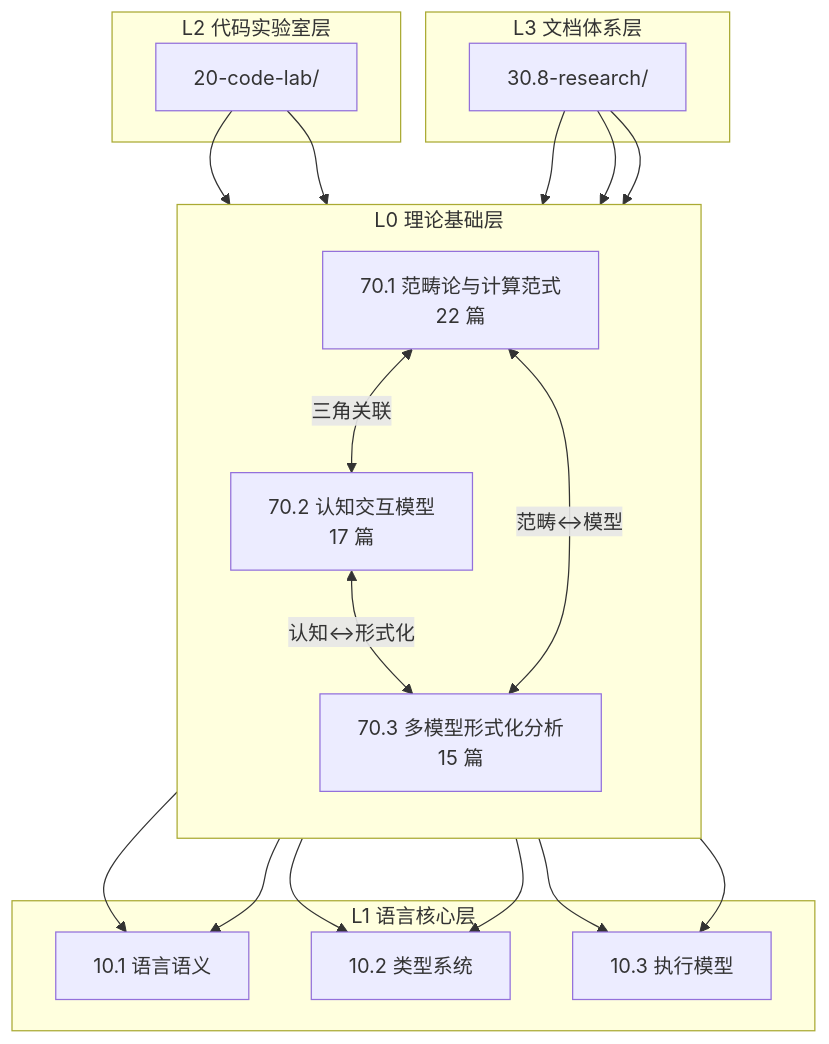
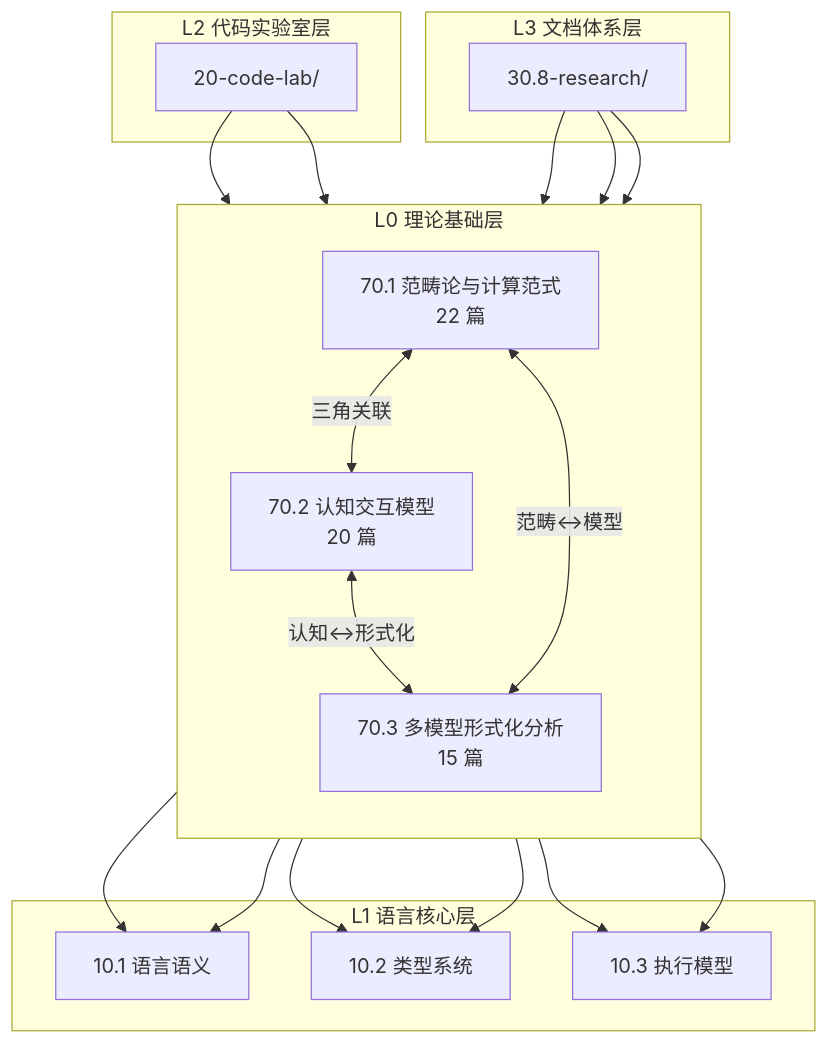
One commit to AdaMartin18010/JavaScriptTypeScript changed the first of 9 diagrams in 70-theoretical-foundations/KNOWLEDGE_GRAPH.md. Above: the diagram before and after it, drawn with Mermaid. The commit also changed other lines of this file and 56 other files, not shown here.

````diff
--- a/70-theoretical-foundations/KNOWLEDGE_GRAPH.md
+++ b/70-theoretical-foundations/KNOWLEDGE_GRAPH.md
@@ -10,39 +10,39 @@
 ```mermaid
 graph TB
     subgraph L0["L0 理论基础层"]
         direction TB
         701["70.1 范畴论与计算范式<br/>22 篇"]
-        702["70.2 认知交互模型<br/>17 篇"]
+        702["70.2 认知交互模型<br/>20 篇"]
         703["70.3 多模型形式化分析<br/>15 篇"]
     end
 
     subgraph L1["L1 语言核心层"]
         101["10.1 语言语义"]
         102["10.2 类型系统"]
         103["10.3 执行模型"]
     end
 
     subgraph L2["L2 代码实验室层"]
         201["20-code-lab/"]
     end
 
     subgraph L3["L3 文档体系层"]
         308["30.8-research/"]
     end
 
     701 --> 101
     701 --> 102
     702 --> 103
     703 --> 101
     703 --> 102
     703 --> 103
     201 --> 701
     201 --> 702
     308 --> 701
     308 --> 702
     308 --> 703
 
     701 <-->|"三角关联"| 702
     702 <-->|"认知↔形式化"| 703
     703 <-->|"范畴↔模型"| 701
 ```
````
